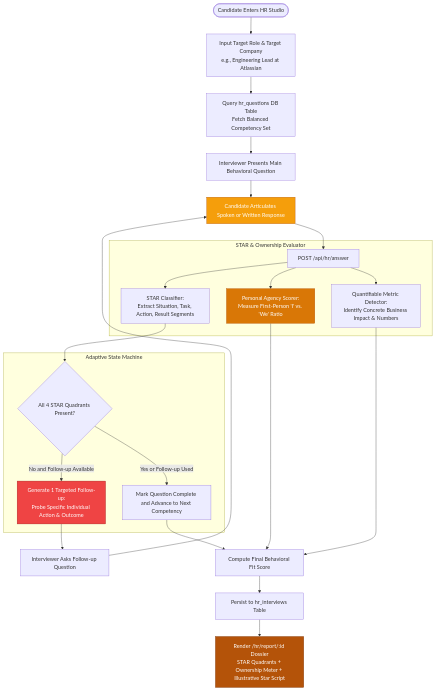
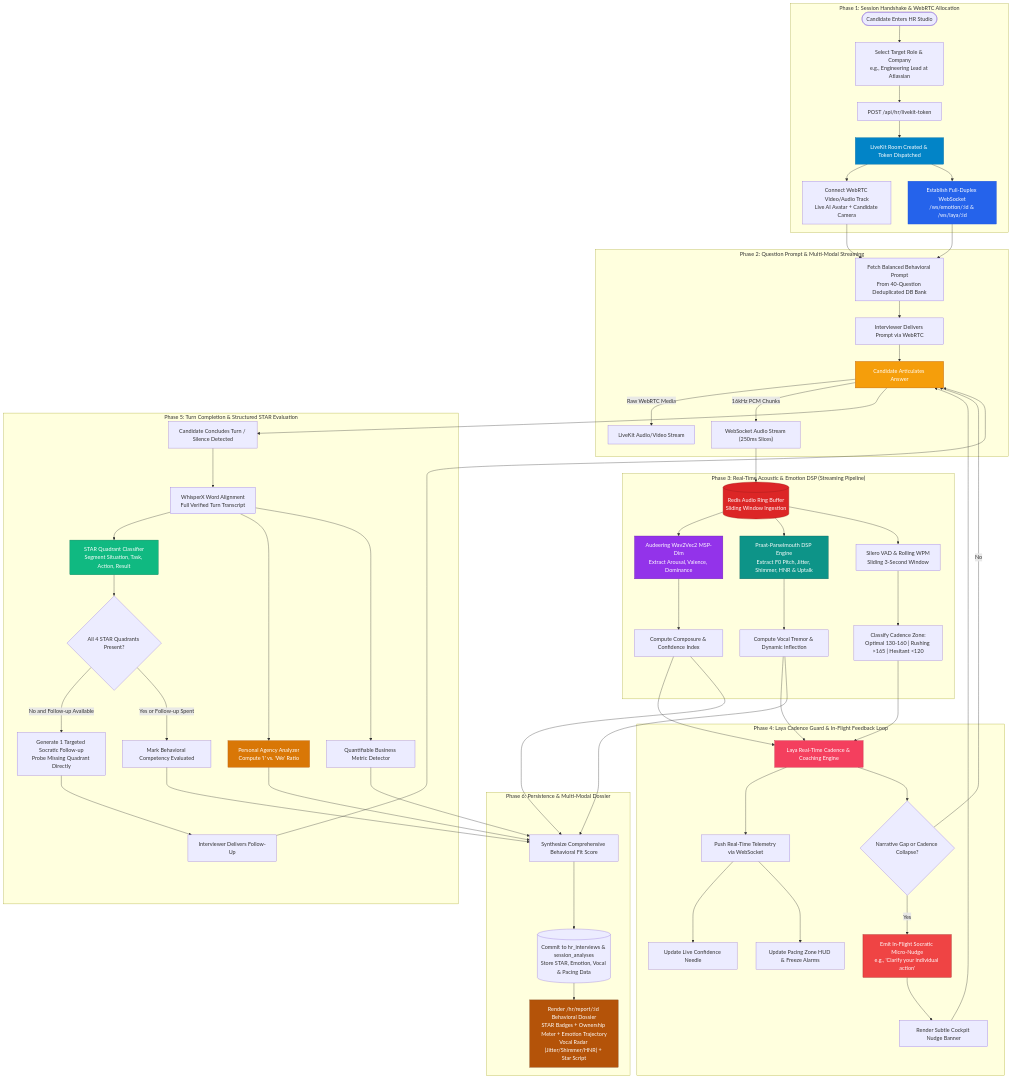
The sixth of 12 diagrams in Approach.md (Sohailsadeed/campusrecruitment-communication-agent), drawn with Mermaid before and after one commit. The commit also changed other lines of this file, not shown here.

Commit message:
docs(approach): update architecture flowcharts with Laya, LiveKit, and real-time emotion telemetry

````diff
--- a/Approach.md
+++ b/Approach.md
@@ -386,35 +465,86 @@
 ```mermaid
 flowchart TD
-    Start(["Candidate Enters HR Studio"]) --> TargetProfile["Input Target Role & Target Company<br/>e.g., Engineering Lead at Atlassian"]
-    TargetProfile --> QueryDB["Query hr_questions DB Table<br/>Fetch Balanced Competency Set"]
-    QueryDB --> AskMainQ["Interviewer Presents Main Behavioral Question"]
-    AskMainQ --> CandidateAnswer["Candidate Articulates Spoken or Written Response"]
-    CandidateAnswer --> Ingest["POST /api/hr/answer"]
-
-    subgraph STAREval ["STAR & Ownership Evaluator"]
-        Ingest --> ClassifySTAR["STAR Classifier:<br/>Extract Situation, Task, Action, Result Segments"]
-        Ingest --> AgencyScorer["Personal Agency Scorer:<br/>Measure First-Person 'I' vs. 'We' Ratio"]
-        Ingest --> MetricDetect["Quantifiable Metric Detector:<br/>Identify Concrete Business Impact & Numbers"]
+    subgraph Phase1 ["Phase 1: Session Handshake & WebRTC Allocation"]
+        Start(["Candidate Enters HR Studio"]) --> ProfileSelect["Select Target Role & Company<br/>e.g., Engineering Lead at Atlassian"]
+        ProfileSelect --> TokenReq["POST /api/hr/livekit-token"]
+        TokenReq --> LiveKitAlloc["LiveKit Room Created & Token Dispatched"]
+        LiveKitAlloc --> WebRTCConn["Connect WebRTC Video/Audio Track<br/>Live AI Avatar + Candidate Camera"]
+        LiveKitAlloc --> WSConn["Establish Full-Duplex WebSocket<br/>/ws/emotion/:id & /ws/laya/:id"]
     end
 
-    subgraph StateMachine ["Adaptive State Machine"]
-        ClassifySTAR --> CompletenessCheck{"All 4 STAR Quadrants Present?"}
-        CompletenessCheck -->|No and Follow-up Available| TriggerFollowUp["Generate 1 Targeted Follow-up:<br/>Probe Specific Individual Action & Outcome"]
-        CompletenessCheck -->|Yes or Follow-up Used| ConcludeStage["Mark Question Complete and Advance to Next Competency"]
+    subgraph Phase2 ["Phase 2: Question Prompt & Multi-Modal Streaming"]
+        WebRTCConn --> FetchQ["Fetch Balanced Behavioral Prompt<br/>From 40-Question Deduplicated DB Bank"]
+        WSConn --> FetchQ
+        FetchQ --> PresentQ["Interviewer Delivers Prompt via WebRTC"]
+        PresentQ --> CandidateSpeaks["Candidate Articulates Answer"]
+        CandidateSpeaks -->|Raw WebRTC Media| LiveKitStream["LiveKit Audio/Video Stream"]
+        CandidateSpeaks -->|16kHz PCM Chunks| WSSend["WebSocket Audio Stream (250ms Slices)"]
     end
 
-    TriggerFollowUp --> AskFollowUp["Interviewer Asks Follow-up Question"]
-    AskFollowUp --> CandidateAnswer
+    subgraph Phase3 ["Phase 3: Real-Time Acoustic & Emotion DSP (Streaming Pipeline)"]
+        WSSend --> RedisRing[("Redis Audio Ring Buffer<br/>Sliding Window Ingestion")]
+        
+        RedisRing --> AudeeringModel["Audeering Wav2Vec2 MSP-Dim<br/>Extract Arousal, Valence, Dominance"]
+        RedisRing --> PraatDSP["Praat-Parselmouth DSP Engine<br/>Extract F0 Pitch, Jitter, Shimmer, HNR & Uptalk"]
+        RedisRing --> RollingVAD["Silero VAD & Rolling WPM<br/>Sliding 3-Second Window"]
 
-    ConcludeStage --> Aggregate["Compute Final Behavioral Fit Score"]
-    AgencyScorer --> Aggregate
-    MetricDetect --> Aggregate
+        AudeeringModel --> ConfidenceIndex["Compute Composure & Confidence Index"]
+        PraatDSP --> ProsodyProfile["Compute Vocal Tremor & Dynamic Inflection"]
+        RollingVAD --> CadenceZone["Classify Cadence Zone:<br/>Optimal 130-160 | Rushing >165 | Hesitant <120"]
+    end
 
-    Aggregate --> SaveDB["Persist to hr_interviews Table"]
-    SaveDB --> Dossier["Render /hr/report/:id Dossier<br/>STAR Quadrants + Ownership Meter + Illustrative Star Script"]
+    subgraph Phase4 ["Phase 4: Laya Cadence Guard & In-Flight Feedback Loop"]
+        ConfidenceIndex --> LayaCore["Laya Real-Time Cadence & Coaching Engine"]
+        ProsodyProfile --> LayaCore
+        CadenceZone --> LayaCore
 
-    style CandidateAnswer fill:#f59e0b,stroke:#b45309,color:#fff
-    style AgencyScorer fill:#d97706,stroke:#b45309,color:#fff
-    style TriggerFollowUp fill:#ef4444,stroke:#991b1b,color:#fff
-    style Dossier fill:#b45309,stroke:#78350f,color:#fff
+        LayaCore --> HUD_Broadcast["Push Real-Time Telemetry via WebSocket"]
+        HUD_Broadcast --> NeedleUpdate["Update Live Confidence Needle"]
+        HUD_Broadcast --> PacingHUD["Update Pacing Zone HUD & Freeze Alarms"]
+        
+        LayaCore --> SocraticCheck{"Narrative Gap or Cadence Collapse?"}
+        SocraticCheck -->|Yes| PushNudge["Emit In-Flight Socratic Micro-Nudge<br/>e.g., 'Clarify your individual action'"]
+        PushNudge --> CockpitNudge["Render Subtle Cockpit Nudge Banner"]
+        CockpitNudge --> CandidateSpeaks
+        SocraticCheck -->|No| CandidateSpeaks
+    end
+
+    subgraph Phase5 ["Phase 5: Turn Completion & Structured STAR Evaluation"]
+        CandidateSpeaks --> TurnComplete["Candidate Concludes Turn / Silence Detected"]
+        TurnComplete --> WhisperAlign["WhisperX Word Alignment<br/>Full Verified Turn Transcript"]
+        
+        WhisperAlign --> STARClassifier["STAR Quadrant Classifier<br/>Segment Situation, Task, Action, Result"]
+        WhisperAlign --> AgencyMeter["Personal Agency Analyzer<br/>Compute 'I' vs. 'We' Ratio"]
+        WhisperAlign --> ImpactDetector["Quantifiable Business Metric Detector"]
+
+        STARClassifier --> QuadrantCheck{"All 4 STAR Quadrants Present?"}
+        QuadrantCheck -->|No and Follow-up Available| FollowUpGen["Generate 1 Targeted Socratic Follow-up<br/>Probe Missing Quadrant Directly"]
+        FollowUpGen --> PresentFollowUp["Interviewer Delivers Follow-Up"]
+        PresentFollowUp --> CandidateSpeaks
+        
+        QuadrantCheck -->|Yes or Follow-up Spent| FinalizeTurn["Mark Behavioral Competency Evaluated"]
+    end
+
+    subgraph Phase6 ["Phase 6: Persistence & Multi-Modal Dossier"]
+        FinalizeTurn --> SynthesizeScore["Synthesize Comprehensive Behavioral Fit Score"]
+        AgencyMeter --> SynthesizeScore
+        ImpactDetector --> SynthesizeScore
+        ConfidenceIndex --> SynthesizeScore
+        ProsodyProfile --> SynthesizeScore
+
+        SynthesizeScore --> CommitDB[("Commit to hr_interviews & session_analyses<br/>Store STAR, Emotion, Vocal & Pacing Data")]
+        CommitDB --> RenderDossier["Render /hr/report/:id Behavioral Dossier<br/>STAR Badges + Ownership Meter + Emotion Trajectory<br/>Vocal Radar (Jitter/Shimmer/HNR) + Star Script"]
+    end
+
+    style CandidateSpeaks fill:#f59e0b,stroke:#b45309,color:#fff
+    style LiveKitAlloc fill:#0284c7,stroke:#0369a1,color:#fff
+    style WSConn fill:#2563eb,stroke:#1d4ed8,color:#fff
+    style RedisRing fill:#dc2626,stroke:#991b1b,color:#fff
+    style AudeeringModel fill:#9333ea,stroke:#6b21a8,color:#fff
+    style PraatDSP fill:#0d9488,stroke:#115e59,color:#fff
+    style LayaCore fill:#f43f5e,stroke:#be123c,color:#fff
+    style PushNudge fill:#ef4444,stroke:#991b1b,color:#fff
+    style STARClassifier fill:#10b981,stroke:#047857,color:#fff
+    style AgencyMeter fill:#d97706,stroke:#b45309,color:#fff
+    style RenderDossier fill:#b45309,stroke:#78350f,color:#fff
 ```
````
